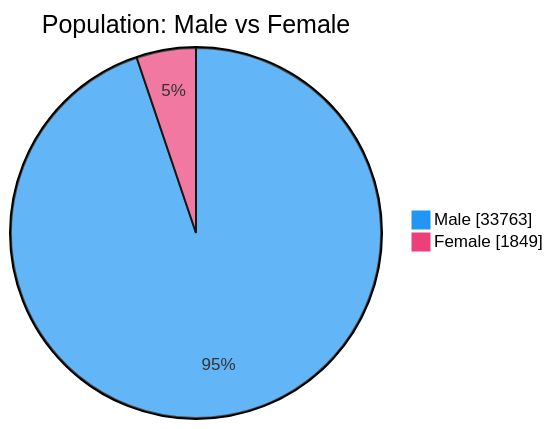
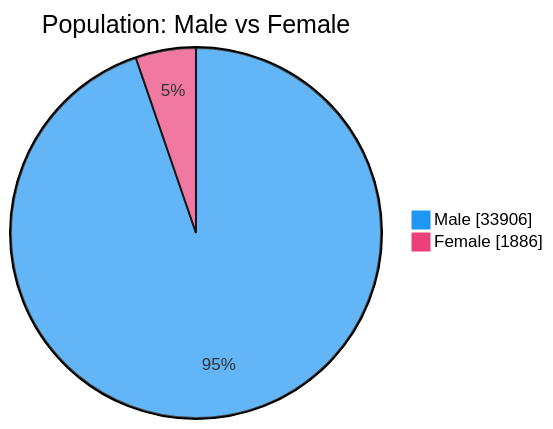
Before and after one commit to nuuuwan/lk_prisons: the second of 7 diagrams in README.md, drawn with Mermaid. The commit also changed other lines of this file and 1 other file, not shown here.

````diff
--- a/README.md
+++ b/README.md
@@ -54,6 +54,6 @@
 ```mermaid
 %%{init: {'themeVariables': {'pie1': '#2196F3', 'pie2': '#EC407A'}}}%%
 pie showData title Population: Male vs Female
-    "Male" : 33763
-    "Female" : 1849
+    "Male" : 33906
+    "Female" : 1886
 ```
````
